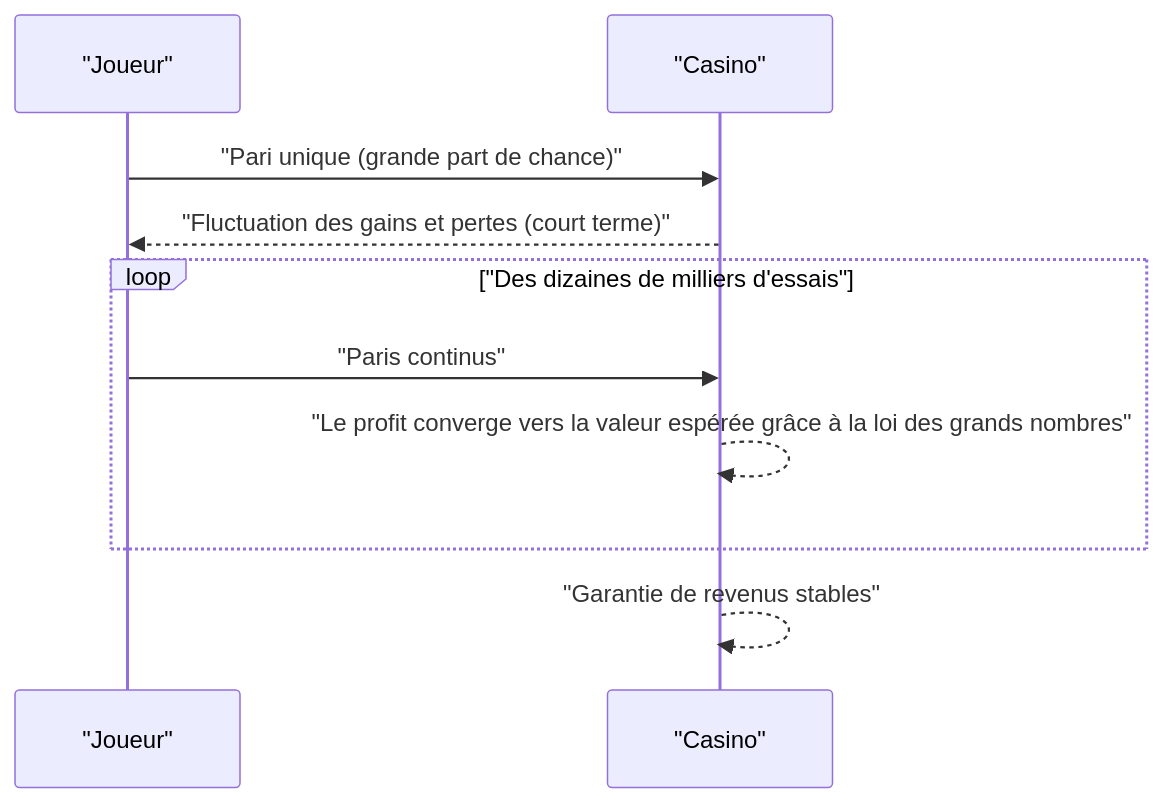
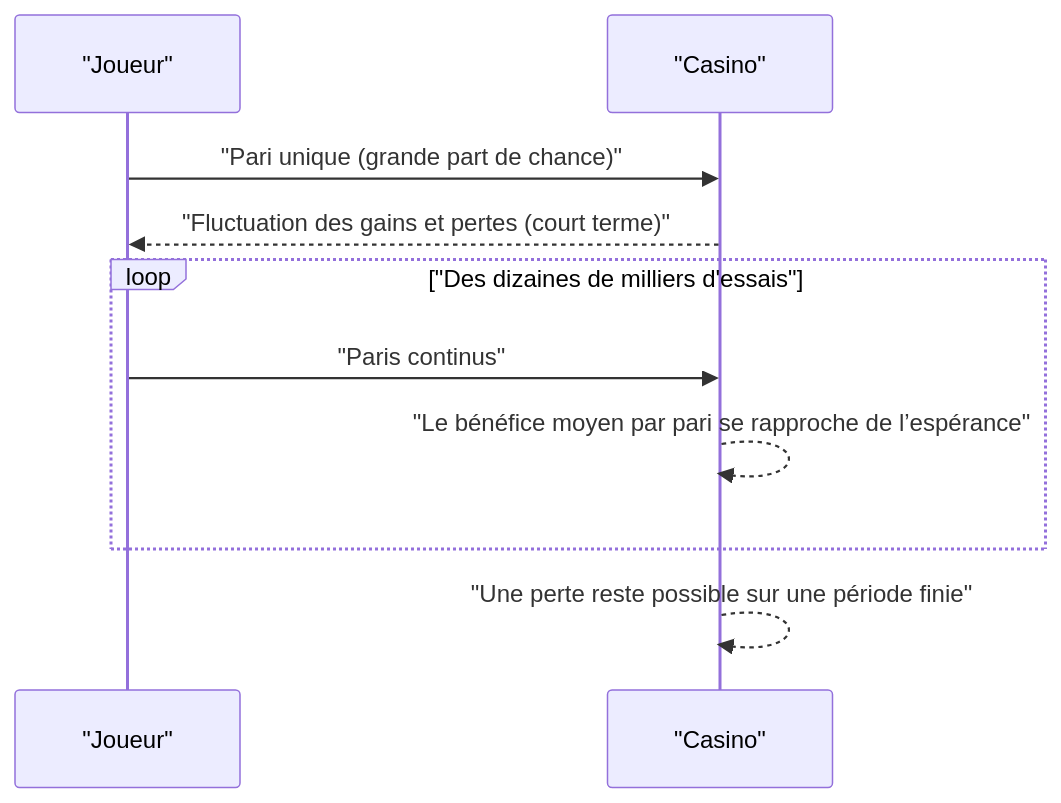
Before and after one commit to kenjinote/blog: the second of 2 diagrams in content/post/law-of-large-numbers/index.fr.md, drawn with Mermaid. The commit also changed other lines of this file and 12 other files, not shown here.

````diff
--- a/content/post/law-of-large-numbers/index.fr.md
+++ b/content/post/law-of-large-numbers/index.fr.md
@@ -53,12 +53,12 @@
 ```mermaid
 sequenceDiagram
     participant P as "Joueur"
     participant C as "Casino"
     P->>C: "Pari unique (grande part de chance)"
     C-->>P: "Fluctuation des gains et pertes (court terme)"
     loop "Des dizaines de milliers d'essais"
         P->>C: "Paris continus"
-        C-->>C: "Le profit converge vers la valeur espérée grâce à la loi des grands nombres"
+        C-->>C: "Le bénéfice moyen par pari se rapproche de l’espérance"
     end
-    C-->>C: "Garantie de revenus stables"
+    C-->>C: "Une perte reste possible sur une période finie"
 ```
````
